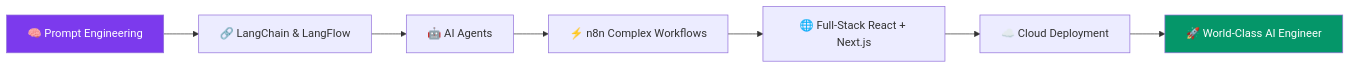
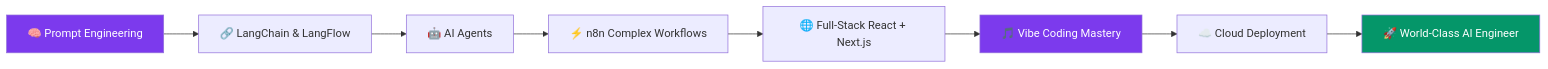
Before and after one commit to abdullahaljahed50-hub/abdullahaljahed50-hub: the diagram in README.md, drawn with Mermaid. The commit also changed other lines of this file, not shown here.

````diff
--- a/README.md
+++ b/README.md
@@ -235,12 +273,14 @@
 ```mermaid
 graph LR
     A[🧠 Prompt Engineering] --> B[🔗 LangChain & LangFlow]
     B --> C[🤖 AI Agents]
     C --> D[⚡ n8n Complex Workflows]
     D --> E[🌐 Full-Stack React + Next.js]
-    E --> F[☁️ Cloud Deployment]
+    E --> F2[🎵 Vibe Coding Mastery]
+    F2 --> F[☁️ Cloud Deployment]
     F --> G[🚀 World-Class AI Engineer]
 
     style A fill:#7c3aed,color:#fff
+    style F2 fill:#7c3aed,color:#fff
     style G fill:#059669,color:#fff
 ```
````
